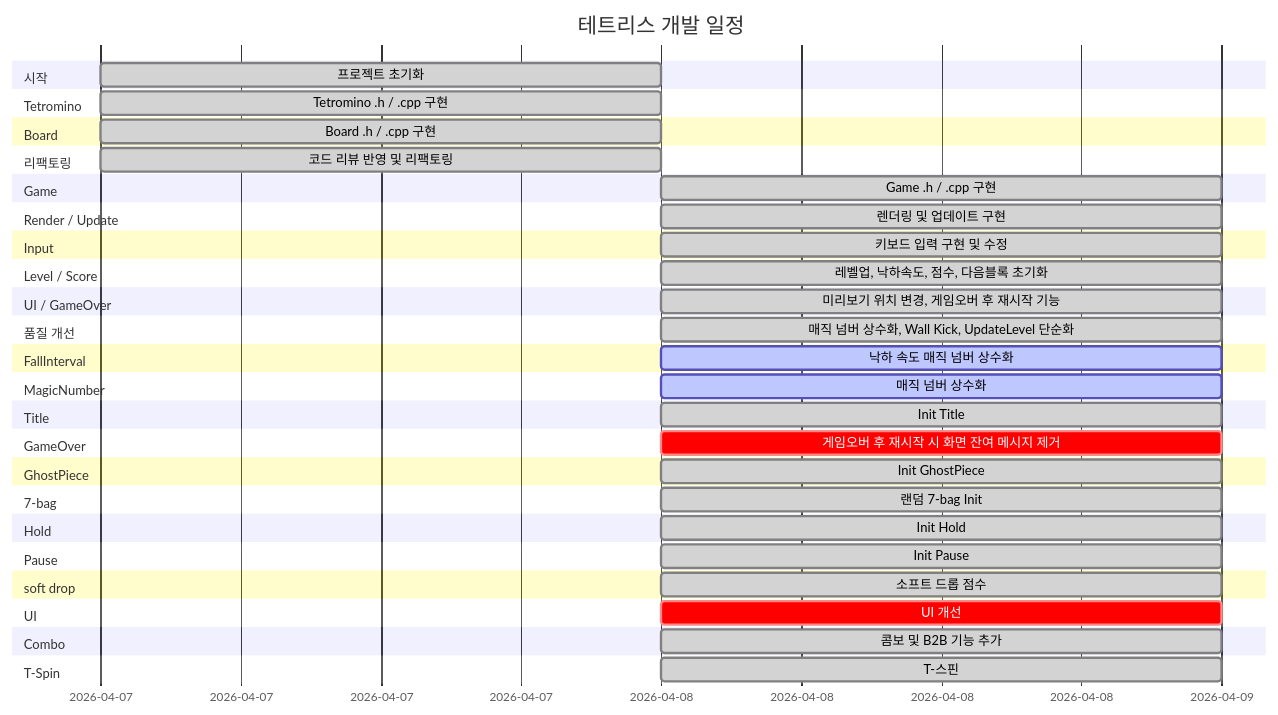
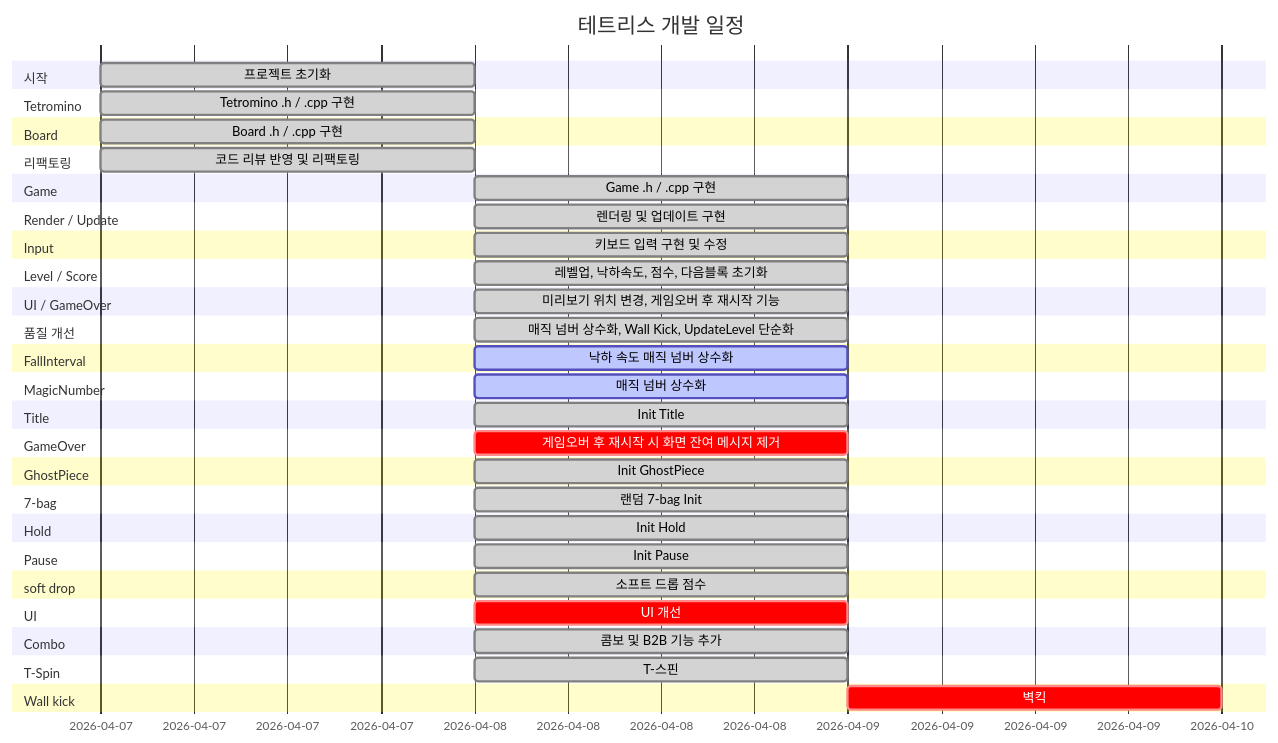
One commit to Chance031/Tetris-cpp changed the diagram in README.md. Above: the diagram before and after it, drawn with Mermaid. The commit also changed other lines of this file, not shown here.

Commit message:
docs: README 자동 업데이트 [skip ci]

````diff
--- a/README.md
+++ b/README.md
@@ -27,49 +27,51 @@
 ```mermaid
 gantt
     title 테트리스 개발 일정
     dateFormat YYYY-MM-DD
     section 시작
         프로젝트 초기화 :done, init, 2026-04-07, 1d
     section Tetromino
         Tetromino .h / .cpp 구현 :done, t16803, 2026-04-07, 1d
     section Board
         Board .h / .cpp 구현 :done, t84048, 2026-04-07, 1d
     section 리팩토링
         코드 리뷰 반영 및 리팩토링 :done, refactor, 2026-04-07, 1d
     section Game
         Game .h / .cpp 구현 :done, t91896, 2026-04-08, 1d
     section Render / Update
         렌더링 및 업데이트 구현 :done, t47867, 2026-04-08, 1d
     section Input
         키보드 입력 구현 및 수정 :done, t8258, 2026-04-08, 1d
     section Level / Score
         레벨업, 낙하속도, 점수, 다음블록 초기화 :done, t44367, 2026-04-08, 1d
     section UI / GameOver
         미리보기 위치 변경, 게임오버 후 재시작 기능 :done, t55123, 2026-04-08, 1d
     section 품질 개선
         매직 넘버 상수화, Wall Kick, UpdateLevel 단순화 :done, t66234, 2026-04-08, 1d
     section FallInterval
         낙하 속도 매직 넘버 상수화 :active, t66782, 2026-04-08, 1d
     section MagicNumber
         매직 넘버 상수화 :active, t23180, 2026-04-08, 1d
     section Title
         Init Title :done, t45140, 2026-04-08, 1d
     section GameOver
         게임오버 후 재시작 시 화면 잔여 메시지 제거 :crit, t96693, 2026-04-08, 1d
     section GhostPiece
         Init GhostPiece :done, t88826, 2026-04-08, 1d
     section 7-bag
         랜덤 7-bag Init :done, t21893, 2026-04-08, 1d
     section Hold
         Init Hold :done, t97044, 2026-04-08, 1d
     section Pause
         Init Pause :done, t97166, 2026-04-08, 1d
     section soft drop
         소프트 드롭 점수 :done, t4875, 2026-04-08, 1d
     section UI
         UI 개선 :crit, t85460, 2026-04-08, 1d
     section Combo
         콤보 및 B2B 기능 추가 :done, t36199, 2026-04-08, 1d
     section T-Spin
         T-스핀 :done, t94811, 2026-04-08, 1d
+    section Wall kick
+        벽킥 :crit, t77172, 2026-04-09, 1d
 ```
````
